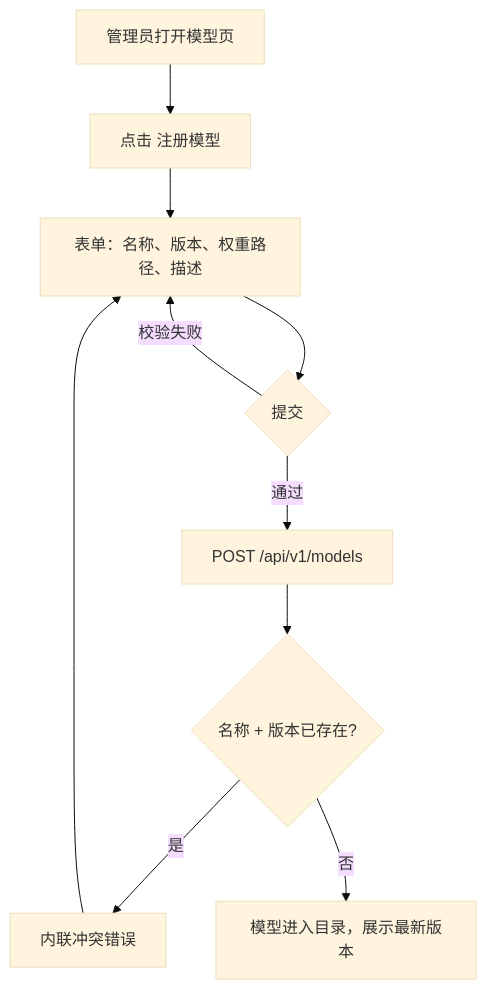
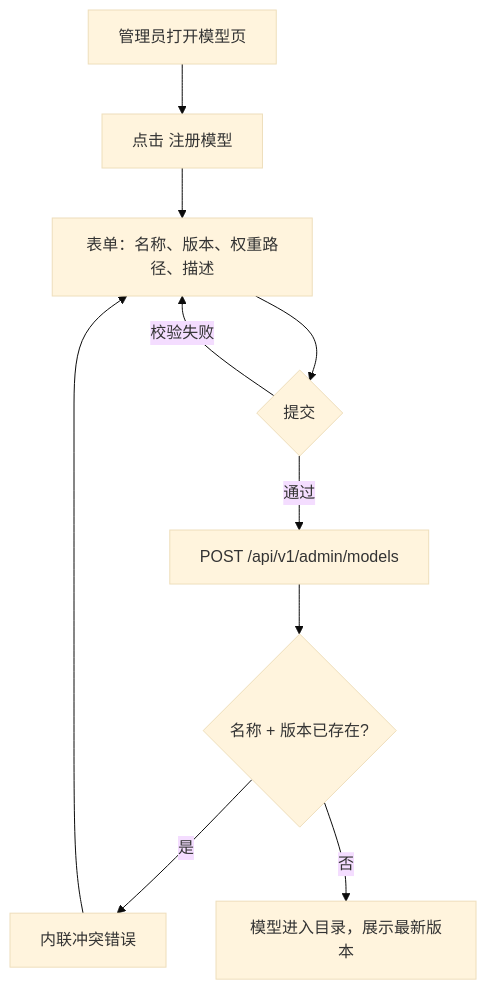
Before and after one commit to go-taas/go-taas: the first of 4 diagrams in site/docs/design/model-catalog-deployment.zh-cn.md, drawn with Mermaid (base theme). The commit also changed other lines of this file and 41 other files, not shown here.

````diff
--- a/site/docs/design/model-catalog-deployment.zh-cn.md
+++ b/site/docs/design/model-catalog-deployment.zh-cn.md
@@ -159,12 +159,12 @@
 ```mermaid
 flowchart TD
     A["管理员打开模型页"] --> B["点击 注册模型"]
     B --> C["表单：名称、版本、权重路径、描述"]
     C --> D{提交}
     D -->|校验失败| C
-    D -->|通过| E["POST /api/v1/models"]
+    D -->|通过| E["POST /api/v1/admin/models"]
     E --> F{名称 + 版本已存在?}
     F -->|是| G["内联冲突错误"]
     G --> C
     F -->|否| H["模型进入目录，展示最新版本"]
 ```
````
